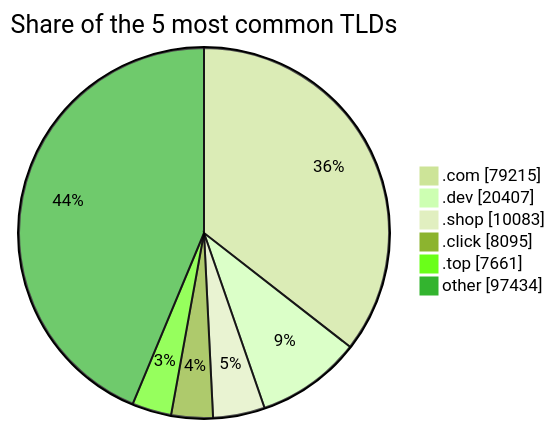
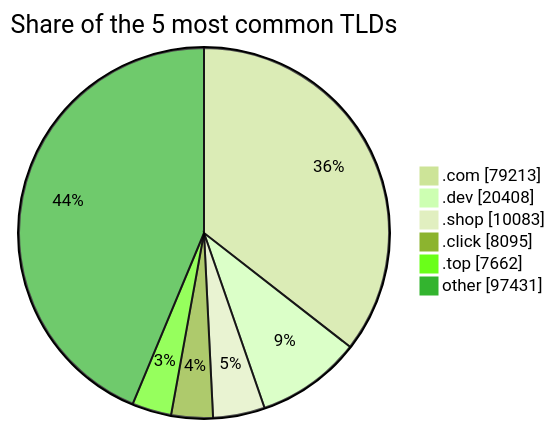
The third of 3 diagrams in README.md (DNSBunker/CTI), drawn with Mermaid (forest theme) before and after one commit. The commit also changed other lines of this file and 3 other files, not shown here.

````diff
--- a/README.md
+++ b/README.md
@@ -81,9 +81,9 @@
 ```mermaid
 pie showData title Share of the 5 most common TLDs
-    ".com" : 79215
-    ".dev" : 20407
+    ".com" : 79213
+    ".dev" : 20408
     ".shop" : 10083
     ".click" : 8095
-    ".top" : 7661
-    "other" : 97434
+    ".top" : 7662
+    "other" : 97431
 ```
````
